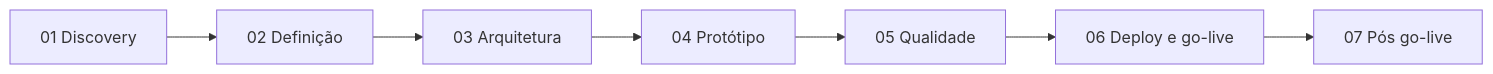
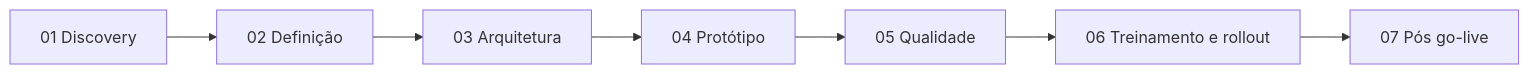
Before and after one commit to Joaogabrielmaia/Customer-onboarding-platform: the diagram in docs/00-sobre-o-projeto/README.md, drawn with Mermaid. The commit also changed other lines of this file and 29 other files, not shown here.

````diff
--- a/docs/00-sobre-o-projeto/README.md
+++ b/docs/00-sobre-o-projeto/README.md
@@ -14,9 +14,9 @@
 ```mermaid
 flowchart LR
     B[01 Discovery] --> C[02 Definição]
     C --> D[03 Arquitetura]
     D --> E[04 Protótipo]
     E --> F[05 Qualidade]
-    F --> G[06 Deploy e go-live]
+    F --> G[06 Treinamento e rollout]
     G --> H[07 Pós go-live]
 ```
````
